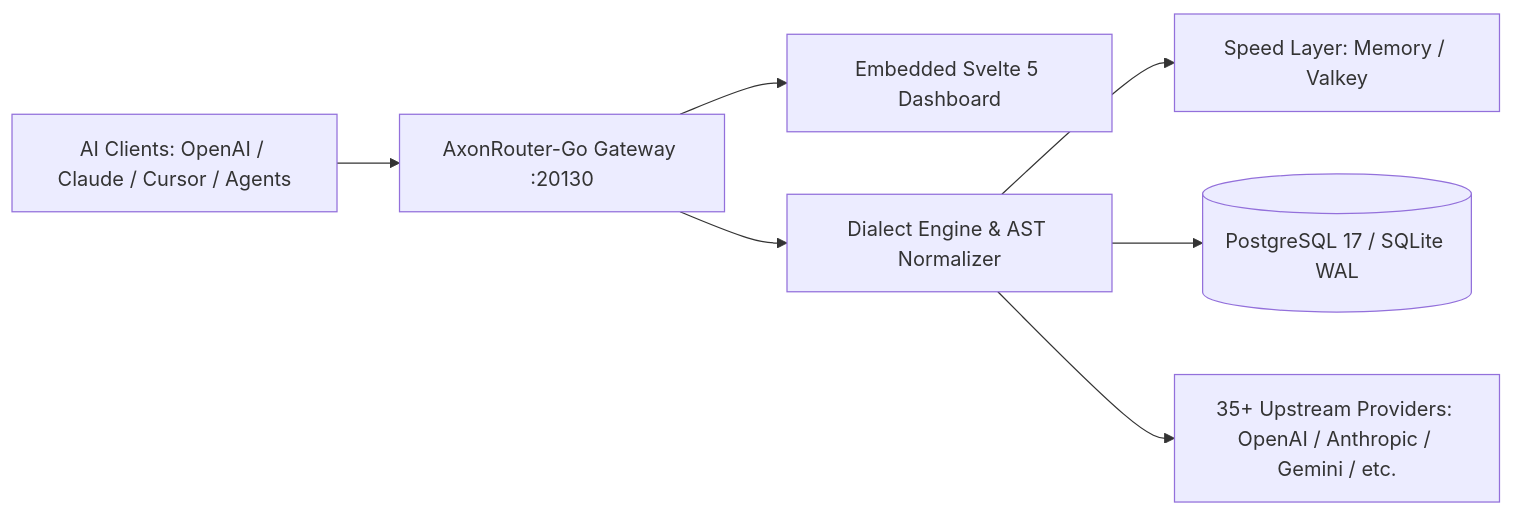
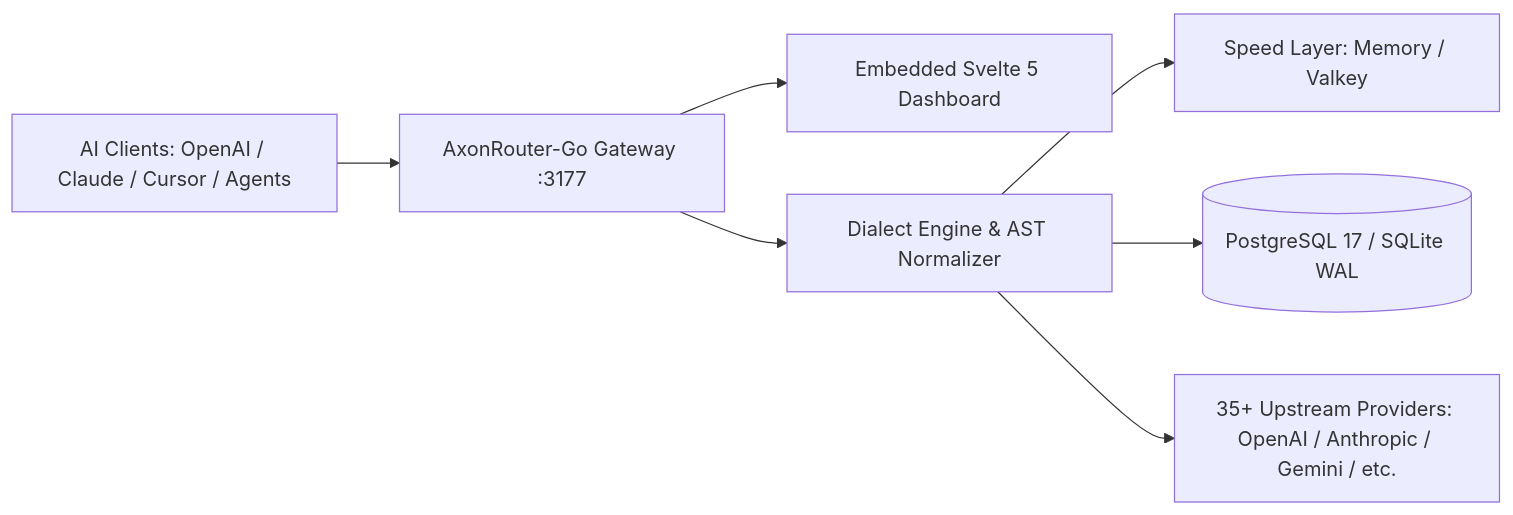
Before and after one commit to RMz17X/AxonRouter-Go: the first of 2 diagrams in docs/COMPREHENSIVE.md, drawn with Mermaid. The commit also changed other lines of this file and 36 other files, not shown here.

````diff
--- a/docs/COMPREHENSIVE.md
+++ b/docs/COMPREHENSIVE.md
@@ -13,9 +13,9 @@
 ```mermaid
 flowchart LR
-  Clients[AI Clients: OpenAI / Claude / Cursor / Agents] --> Gateway[AxonRouter-Go Gateway :20130]
+  Clients[AI Clients: OpenAI / Claude / Cursor / Agents] --> Gateway[AxonRouter-Go Gateway :3177]
   Gateway --> Svelte[Embedded Svelte 5 Dashboard]
   Gateway --> Engine[Dialect Engine & AST Normalizer]
   Engine --> Speed[Speed Layer: Memory / Valkey]
   Engine --> DB[(PostgreSQL 17 / SQLite WAL)]
   Engine --> Upstream[35+ Upstream Providers: OpenAI / Anthropic / Gemini / etc.]
 ```
````
